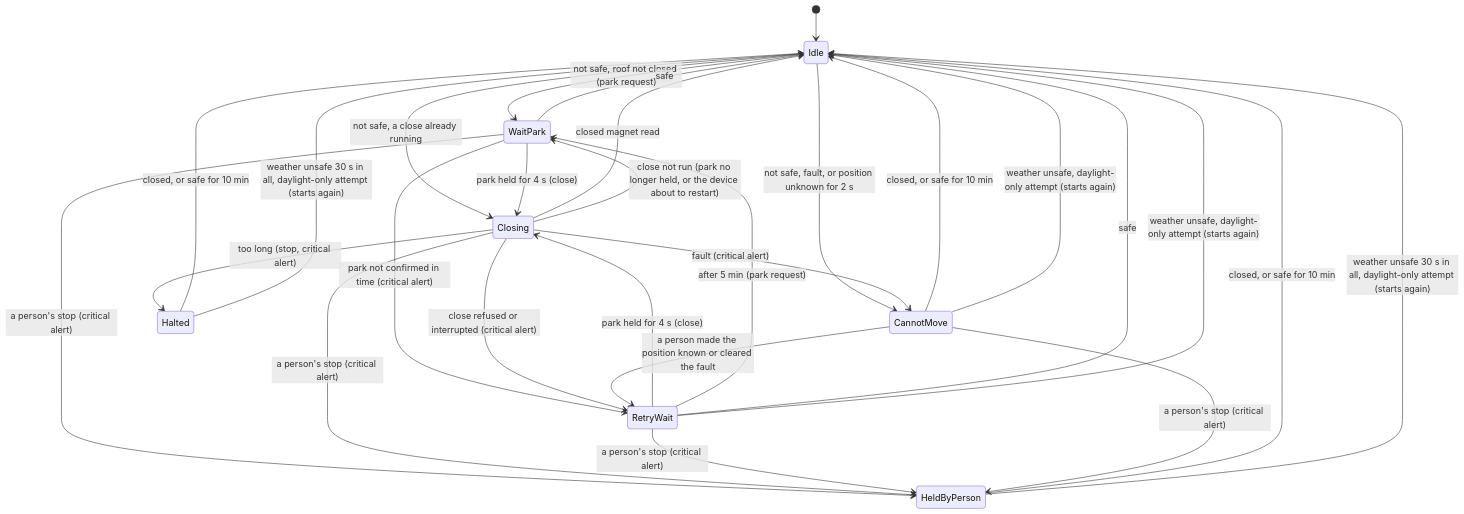
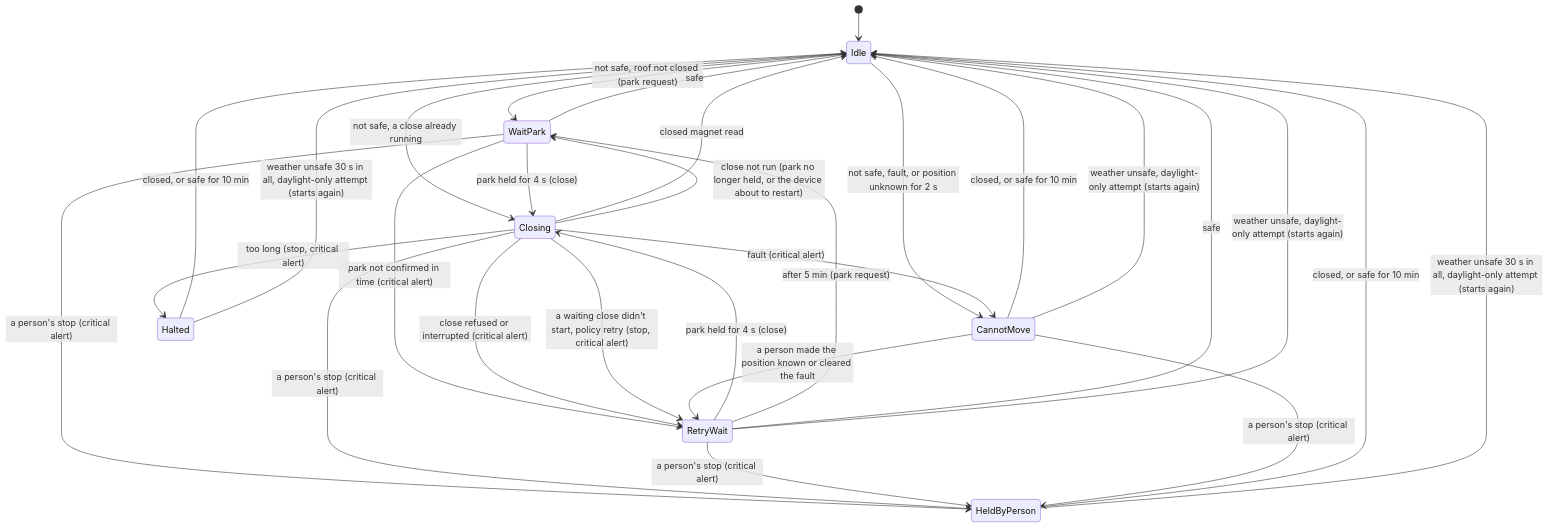
The diagram in docs/user-guide/close-on-unsafe.md (DeanJ87/RoofRoof), drawn with Mermaid before and after one commit. The commit also changed other lines of this file and 74 other files, not shown here.

````diff
--- a/docs/user-guide/close-on-unsafe.md
+++ b/docs/user-guide/close-on-unsafe.md
@@ -33,32 +33,33 @@
 ```mermaid
 stateDiagram-v2
     accTitle: The close on unsafe weather
-    accDescr: From idle, an unsafe verdict with the roof not closed starts an attempt that asks N.I.N.A. to park; a roof already closing is only watched. When the park has held for 4 s the roof is closed. Reaching the closed magnet ends the sequence. A park not confirmed in time, a refused, interrupted or too-long close leads to a five-minute wait, during which a confirmed park still closes the roof, then a new attempt. A fault, or a position unknown for 2 s, stands the sequence down until a person acts. A close that outlasts its guard is stopped and the sequence halts. A person's stop (also while it can't move) stands it down; halted and stood-down sequences end when the roof is closed or it has been safe for 10 minutes. A safe verdict before the close ends the sequence; a close already commanded runs to the end. With the daylight close on, "not safe" also means the sun is up and "safe" means neither; when the weather turns unsafe after a daylight-only attempt, a waiting or can't-move sequence starts again at once, a halted one or one a person stood down after 30 s of unsafe weather in all.
+    accDescr: From idle, an unsafe verdict with the roof not closed starts an attempt that asks N.I.N.A. to park; a roof already closing is only watched. When the park has held for 4 s the roof is closed. Reaching the closed magnet ends the sequence. A park not confirmed in time, a refused, interrupted or too-long close leads to a five-minute wait, during which a confirmed park still closes the roof, then a new attempt. A fault, or a position unknown for 2 s, stands the sequence down until a person acts. A close that outlasts its guard is stopped and the sequence halts. A person's stop (also while it can't move) stands it down; halted and stood-down sequences end when the roof is closed or it has been safe for 10 minutes. A safe verdict before the close ends the sequence; a close already commanded runs to the end. With the daylight close on, "not safe" also means the sun is up and "safe" means neither; when the weather turns unsafe after a daylight-only attempt, a waiting or can't-move sequence starts again at once, a halted one or one a person stood down after 30 s of unsafe weather in all. The times are the defaults of settings; with "Close didn't start" set to try again, a waiting close that doesn't start in time is called off and leads to the wait instead of the halt.
     [*] --> Idle
     Idle --> WaitPark: not safe, roof not closed (park request)
     Idle --> Closing: not safe, a close already running
     Idle --> CannotMove: not safe, fault, or position unknown for 2 s
     WaitPark --> Closing: park held for 4 s (close)
     WaitPark --> RetryWait: park not confirmed in time (critical alert)
     WaitPark --> Idle: safe
     RetryWait --> Closing: park held for 4 s (close)
     RetryWait --> WaitPark: after 5 min (park request)
     RetryWait --> Idle: safe
     Closing --> Idle: closed magnet read
     Closing --> RetryWait: close refused or interrupted (critical alert)
     Closing --> WaitPark: close not run (park no longer held, or the device about to restart)
     Closing --> Halted: too long (stop, critical alert)
+    Closing --> RetryWait: a waiting close didn't start, policy retry (stop, critical alert)
     Closing --> CannotMove: fault (critical alert)
     WaitPark --> HeldByPerson: a person's stop (critical alert)
     Closing --> HeldByPerson: a person's stop (critical alert)
     RetryWait --> HeldByPerson: a person's stop (critical alert)
     CannotMove --> RetryWait: a person made the position known or cleared the fault
     CannotMove --> HeldByPerson: a person's stop (critical alert)
     CannotMove --> Idle: closed, or safe for 10 min
     HeldByPerson --> Idle: closed, or safe for 10 min
     Halted --> Idle: closed, or safe for 10 min
     HeldByPerson --> Idle: weather unsafe 30 s in all, daylight-only attempt (starts again)
     Halted --> Idle: weather unsafe 30 s in all, daylight-only attempt (starts again)
     RetryWait --> Idle: weather unsafe, daylight-only attempt (starts again)
     CannotMove --> Idle: weather unsafe, daylight-only attempt (starts again)
 ```
````
